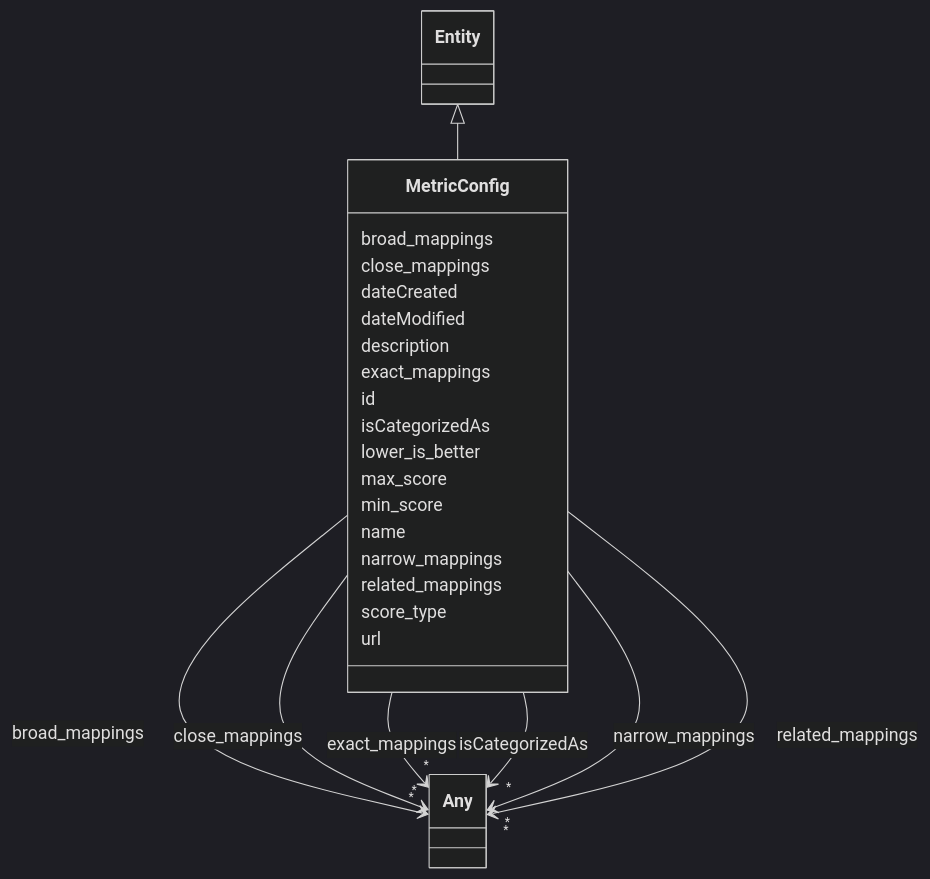
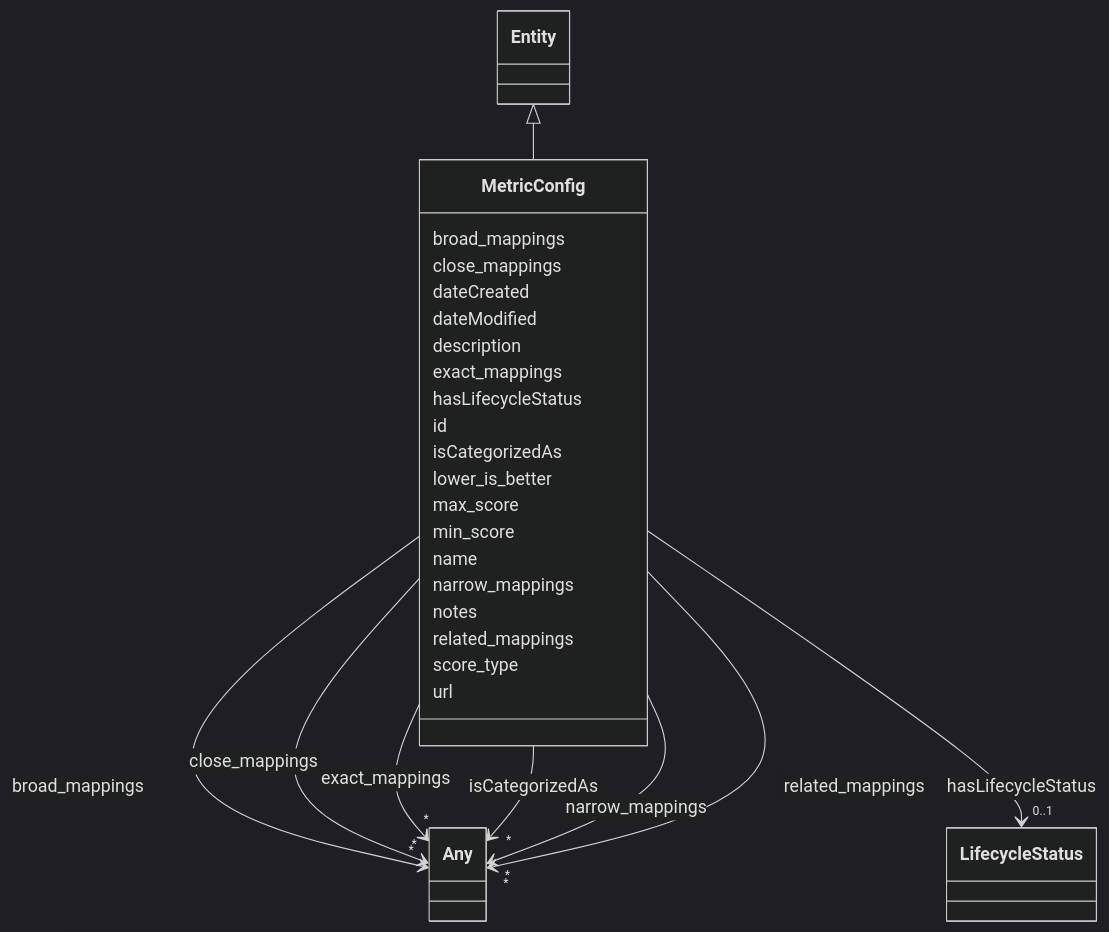
Before and after one commit to ingelise/risk-atlas-nexus: the diagram in docs/ontology/MetricConfig.md, drawn with Mermaid (dark theme). The commit also changed other lines of this file and 190 other files, not shown here.

```diff
--- a/docs/ontology/MetricConfig.md
+++ b/docs/ontology/MetricConfig.md
@@ -57,6 +57,17 @@
 
 
 
+      MetricConfig : hasLifecycleStatus
+
+
+
+
+
+        MetricConfig --> "0..1" LifecycleStatus : hasLifecycleStatus
+        click LifecycleStatus href "../LifecycleStatus/"
+
+
+
       MetricConfig : id
 
       MetricConfig : isCategorizedAs
@@ -89,6 +100,8 @@
 
 
 
+      MetricConfig : notes
+
       MetricConfig : related_mappings
 
 
```
